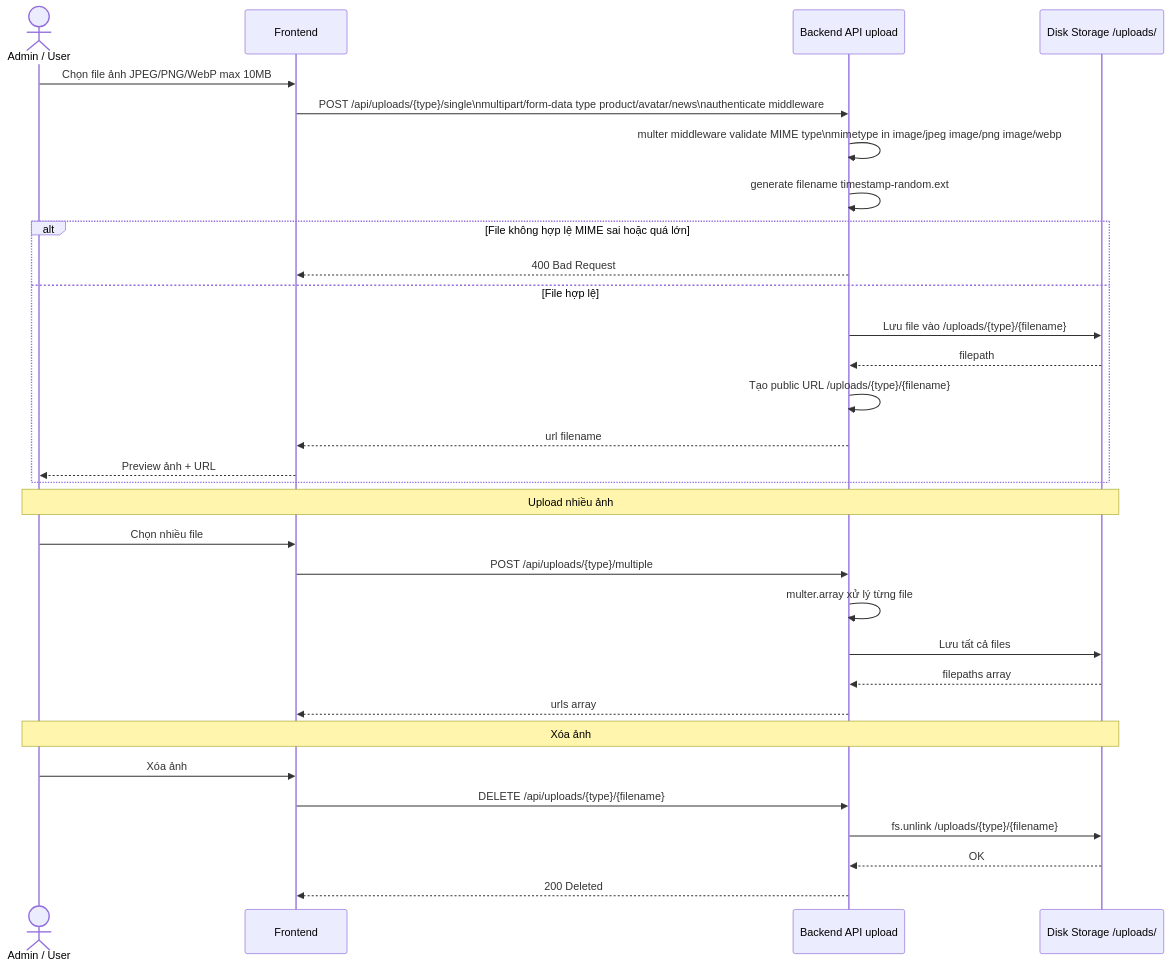
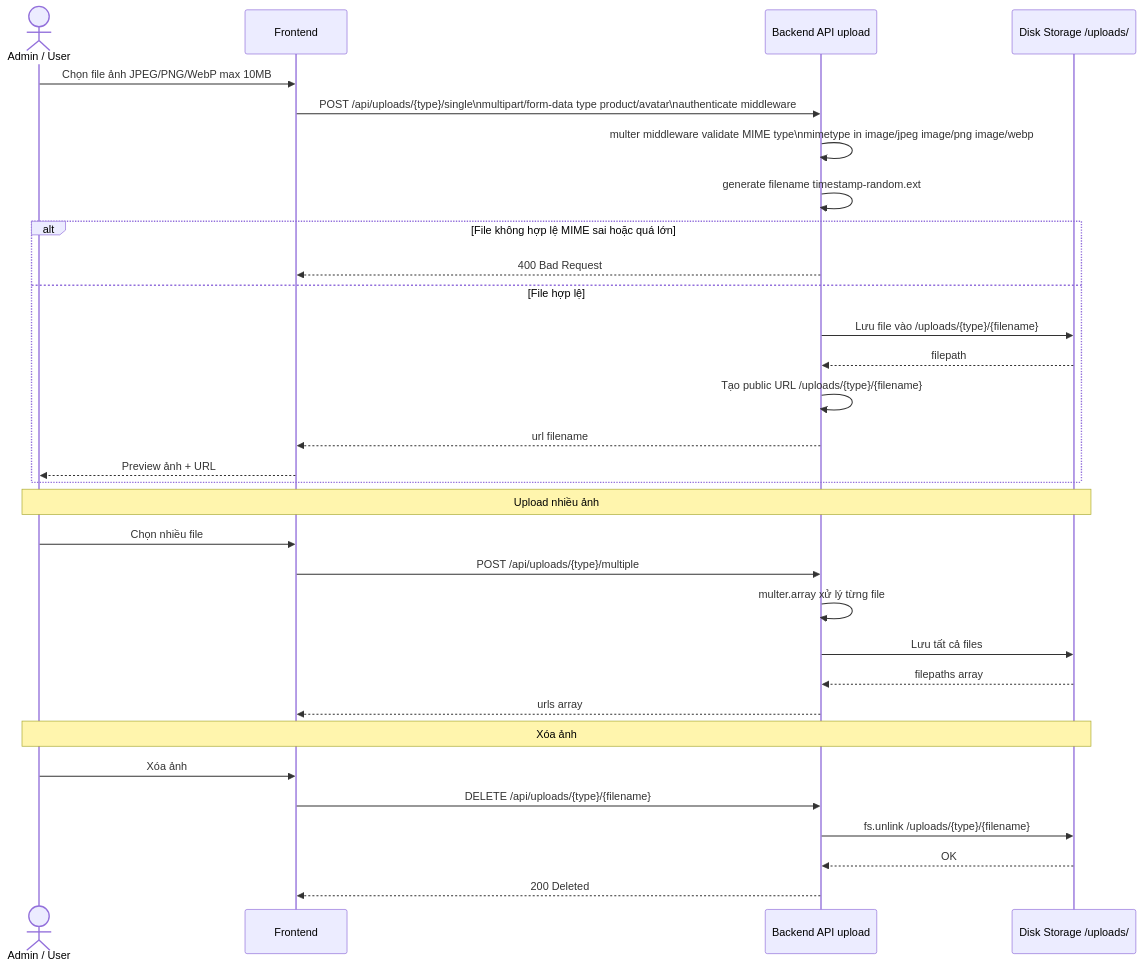
Diagram 14 of 28 in DIAGRAMS.md (MinhThang1009/E-commerce-website), drawn with Mermaid before and after one commit. The commit also changed other lines of this file and 45 other files, not shown here.

````diff
--- a/DIAGRAMS.md
+++ b/DIAGRAMS.md
@@ -717,40 +633,40 @@
 ```mermaid
 sequenceDiagram
     actor Admin as Admin / User
     participant FE as Frontend
     participant API as Backend API upload
     participant Disk as Disk Storage /uploads/
 
     Admin->>FE: Chọn file ảnh JPEG/PNG/WebP max 10MB
-    FE->>API: POST /api/uploads/{type}/single\nmultipart/form-data type product/avatar/news\nauthenticate middleware
+    FE->>API: POST /api/uploads/{type}/single\nmultipart/form-data type product/avatar\nauthenticate middleware
 
     API->>API: multer middleware validate MIME type\nmimetype in image/jpeg image/png image/webp
     API->>API: generate filename timestamp-random.ext
 
     alt File không hợp lệ MIME sai hoặc quá lớn
         API-->>FE: 400 Bad Request
     else File hợp lệ
         API->>Disk: Lưu file vào /uploads/{type}/{filename}
         Disk-->>API: filepath
         API->>API: Tạo public URL /uploads/{type}/{filename}
         API-->>FE: url filename
         FE-->>Admin: Preview ảnh + URL
     end
 
     Note over Admin,Disk: Upload nhiều ảnh
 
     Admin->>FE: Chọn nhiều file
     FE->>API: POST /api/uploads/{type}/multiple
     API->>API: multer.array xử lý từng file
     API->>Disk: Lưu tất cả files
     Disk-->>API: filepaths array
     API-->>FE: urls array
 
     Note over Admin,Disk: Xóa ảnh
 
     Admin->>FE: Xóa ảnh
     FE->>API: DELETE /api/uploads/{type}/{filename}
     API->>Disk: fs.unlink /uploads/{type}/{filename}
     Disk-->>API: OK
     API-->>FE: 200 Deleted
 ```
````
